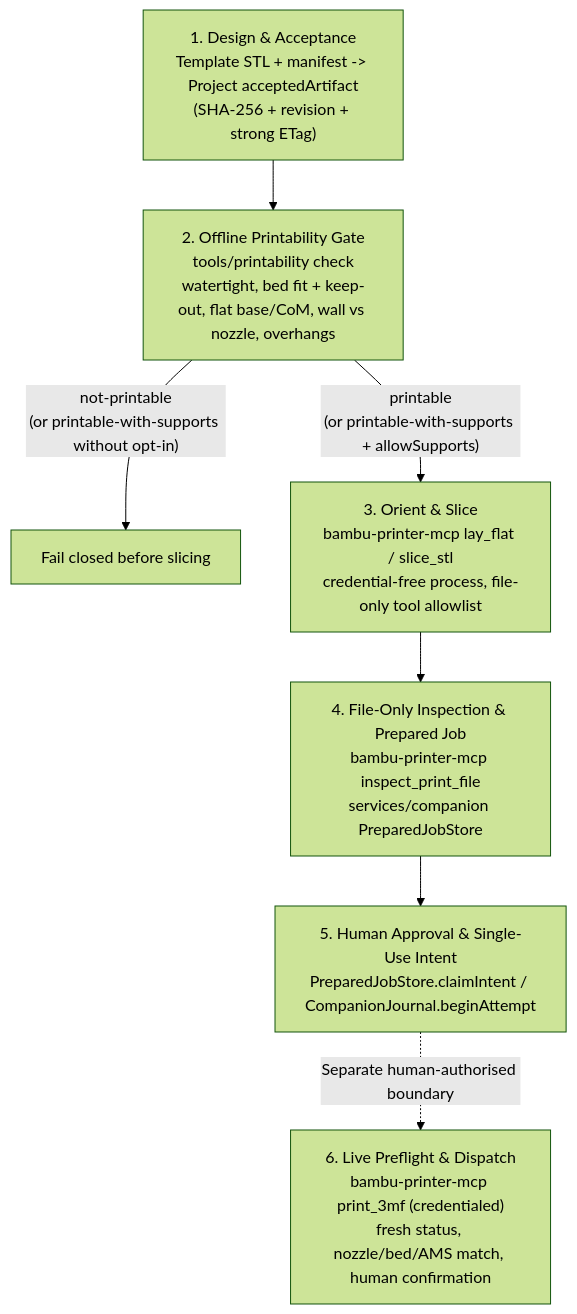
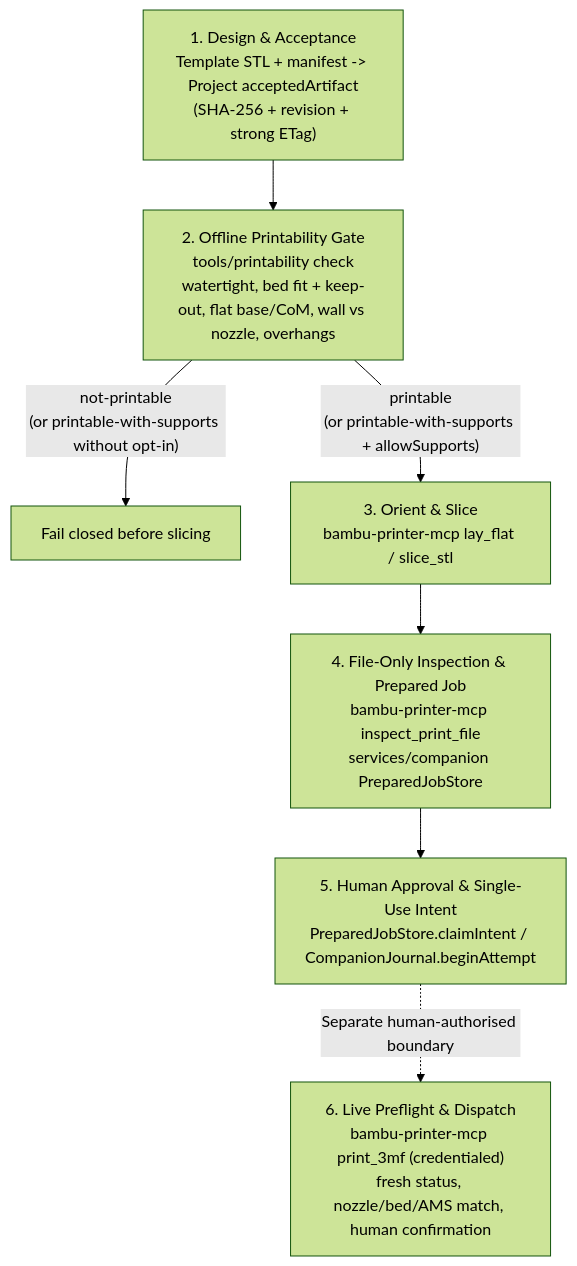
One commit to DMontgomery40/scan-to-make changed the diagram in docs/print-path.md. Above: the diagram before and after it, drawn with Mermaid (forest theme). The commit also changed other lines of this file and 9 other files, not shown here.

````diff
--- a/docs/print-path.md
+++ b/docs/print-path.md
@@ -13,9 +11,9 @@
 ```mermaid
 flowchart TD
   A["1. Design & Acceptance\nTemplate STL + manifest -> Project acceptedArtifact\n(SHA-256 + revision + strong ETag)"] --> B["2. Offline Printability Gate\ntools/printability check\nwatertight, bed fit + keep-out, flat base/CoM, wall vs nozzle, overhangs"]
   B -- "not-printable\n(or printable-with-supports without opt-in)" --> X["Fail closed before slicing"]
-  B -- "printable\n(or printable-with-supports + allowSupports)" --> C["3. Orient & Slice\nbambu-printer-mcp lay_flat / slice_stl\ncredential-free process, file-only tool allowlist"]
+  B -- "printable\n(or printable-with-supports + allowSupports)" --> C["3. Orient & Slice\nbambu-printer-mcp lay_flat / slice_stl"]
   C --> D["4. File-Only Inspection & Prepared Job\nbambu-printer-mcp inspect_print_file\nservices/companion PreparedJobStore"]
   D --> E["5. Human Approval & Single-Use Intent\nPreparedJobStore.claimIntent / CompanionJournal.beginAttempt"]
   E -. "Separate human-authorised boundary" .-> F["6. Live Preflight & Dispatch\nbambu-printer-mcp print_3mf (credentialed)\nfresh status, nozzle/bed/AMS match, human confirmation"]
 ```
````
